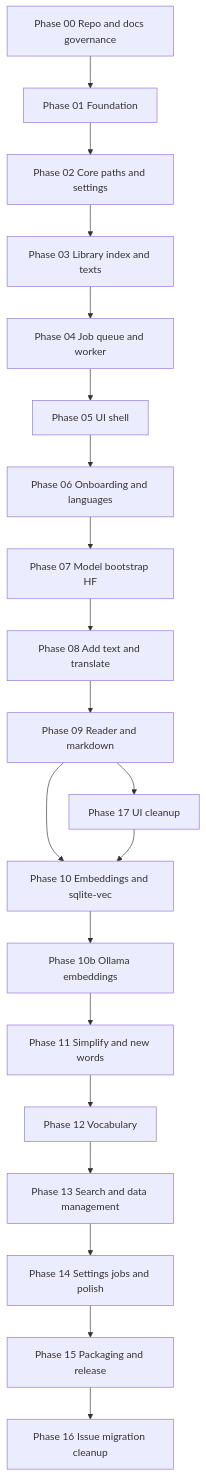
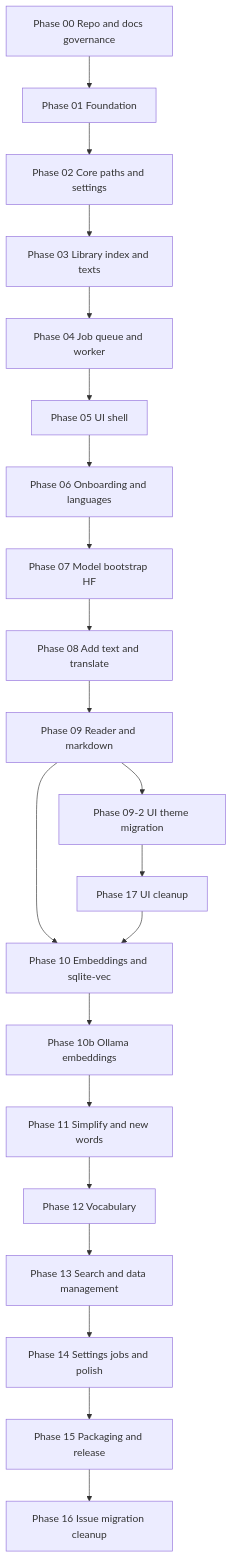
Before and after one commit to YannikG/lexiflow: the diagram in docs/roadmap/README.md, drawn with Mermaid. The commit also changed other lines of this file and 18 other files, not shown here.

First line of the commit message:
Phase 9-2: UI theme migration (#28)

````diff
--- a/docs/roadmap/README.md
+++ b/docs/roadmap/README.md
@@ -13,29 +13,31 @@
 ```mermaid
 flowchart TB
   P00[Phase 00 Repo and docs governance]
   P01[Phase 01 Foundation]
   P02[Phase 02 Core paths and settings]
   P03[Phase 03 Library index and texts]
   P04[Phase 04 Job queue and worker]
   P05[Phase 05 UI shell]
   P06[Phase 06 Onboarding and languages]
   P07[Phase 07 Model bootstrap HF]
   P08[Phase 08 Add text and translate]
   P09[Phase 09 Reader and markdown]
+  P092[Phase 09-2 UI theme migration]
   P17[Phase 17 UI cleanup]
   P10[Phase 10 Embeddings and sqlite-vec]
   P11[Phase 11 Simplify and new words]
   P12[Phase 12 Vocabulary]
   P13[Phase 13 Search and data management]
   P14[Phase 14 Settings jobs and polish]
   P15[Phase 15 Packaging and release]
 
   P00 --> P01 --> P02 --> P03 --> P04 --> P05
   P05 --> P06 --> P07 --> P08 --> P09
-  P09 --> P17
+  P09 --> P092
+  P092 --> P17
   P09 --> P10 --> P10b[Phase 10b Ollama embeddings]
   P17 --> P10
   P10b --> P11 --> P12 --> P13
   P13 --> P14 --> P15
   P15 --> P16[Phase 16 Issue migration cleanup]
 ```
````
